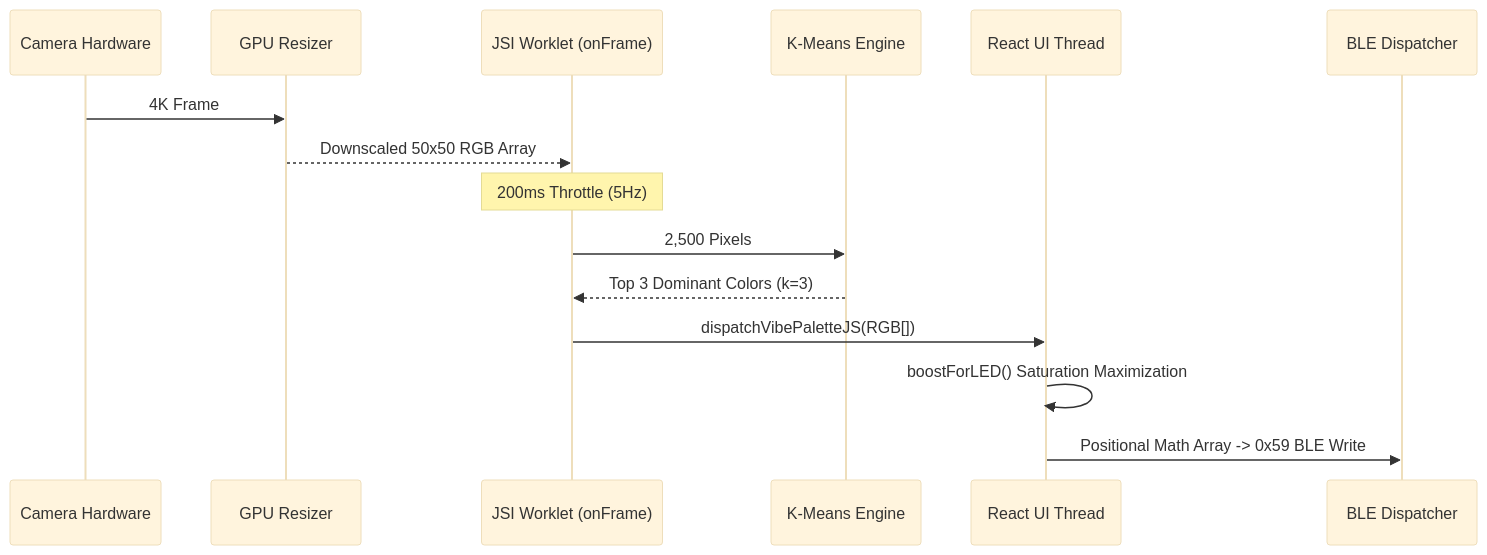
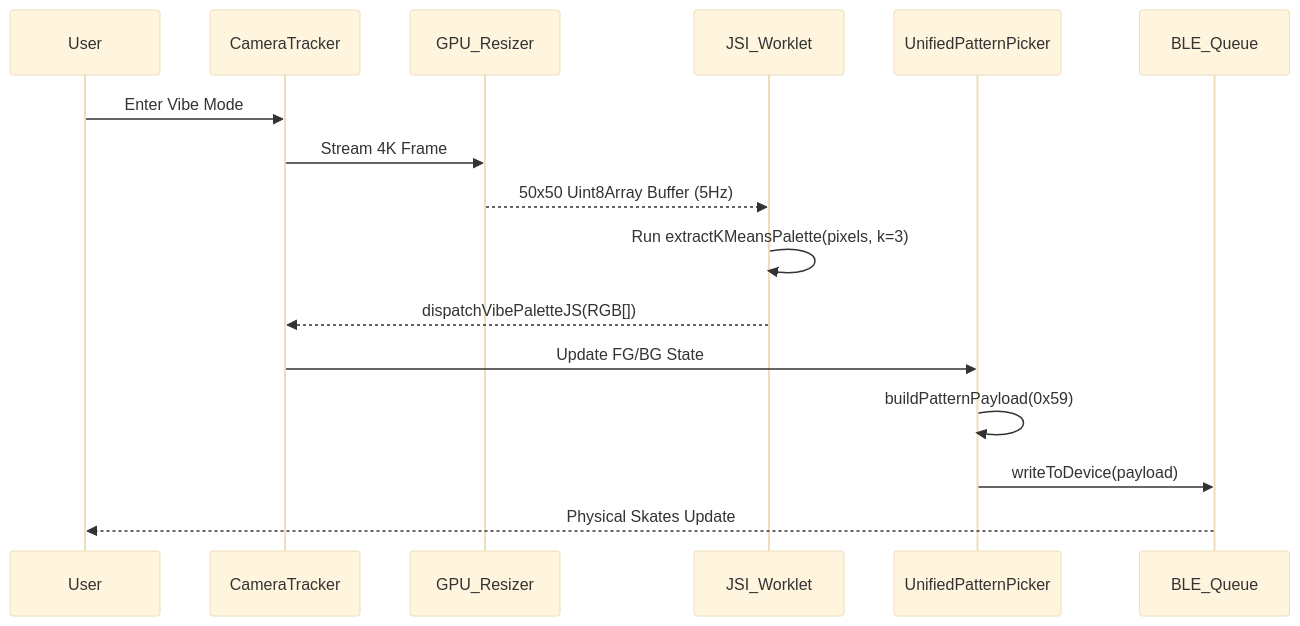
One commit to Neogleamz/SK8Lytz changed the eighth of 24 diagrams in docs/SK8Lytz_App_Master_Reference.md. Above: the diagram before and after it, drawn with Mermaid (base theme). The commit also changed other lines of this file and 7 other files, not shown here.

````diff
--- a/docs/SK8Lytz_App_Master_Reference.md
+++ b/docs/SK8Lytz_App_Master_Reference.md
@@ -1775,18 +1772,19 @@
 ```mermaid
 sequenceDiagram
-    participant Camera Hardware
-    participant GPU Resizer
-    participant JSI Worklet (onFrame)
-    participant K-Means Engine
-    participant React UI Thread
-    participant BLE Dispatcher
+    participant User
+    participant CameraTracker
+    participant GPU_Resizer
+    participant JSI_Worklet
+    participant UnifiedPatternPicker
+    participant BLE_Queue
 
-    Camera Hardware->>GPU Resizer: 4K Frame
-    GPU Resizer-->>JSI Worklet (onFrame): Downscaled 50x50 RGB Array
-    Note over JSI Worklet (onFrame): 200ms Throttle (5Hz)
-    JSI Worklet (onFrame)->>K-Means Engine: 2,500 Pixels
-    K-Means Engine-->>JSI Worklet (onFrame): Top 3 Dominant Colors (k=3)
-    JSI Worklet (onFrame)->>React UI Thread: dispatchVibePaletteJS(RGB[])
-    React UI Thread->>React UI Thread: boostForLED() Saturation Maximization
-    React UI Thread->>BLE Dispatcher: Positional Math Array -> 0x59 BLE Write
+    User->>CameraTracker: Enter Vibe Mode
+    CameraTracker->>GPU_Resizer: Stream 4K Frame
+    GPU_Resizer-->>JSI_Worklet: 50x50 Uint8Array Buffer (5Hz)
+    JSI_Worklet->>JSI_Worklet: Run extractKMeansPalette(pixels, k=3)
+    JSI_Worklet-->>CameraTracker: dispatchVibePaletteJS(RGB[])
+    CameraTracker->>UnifiedPatternPicker: Update FG/BG State
+    UnifiedPatternPicker->>UnifiedPatternPicker: buildPatternPayload(0x59)
+    UnifiedPatternPicker->>BLE_Queue: writeToDevice(payload)
+    BLE_Queue-->>User: Physical Skates Update
 ```
````
